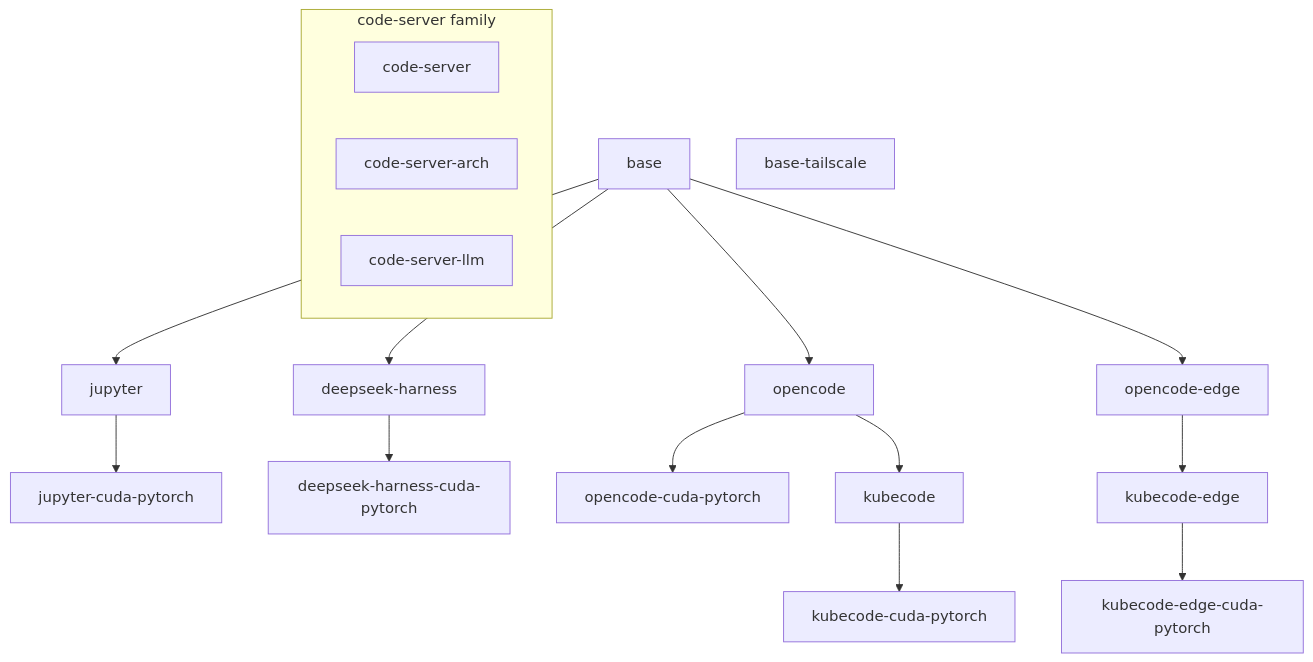
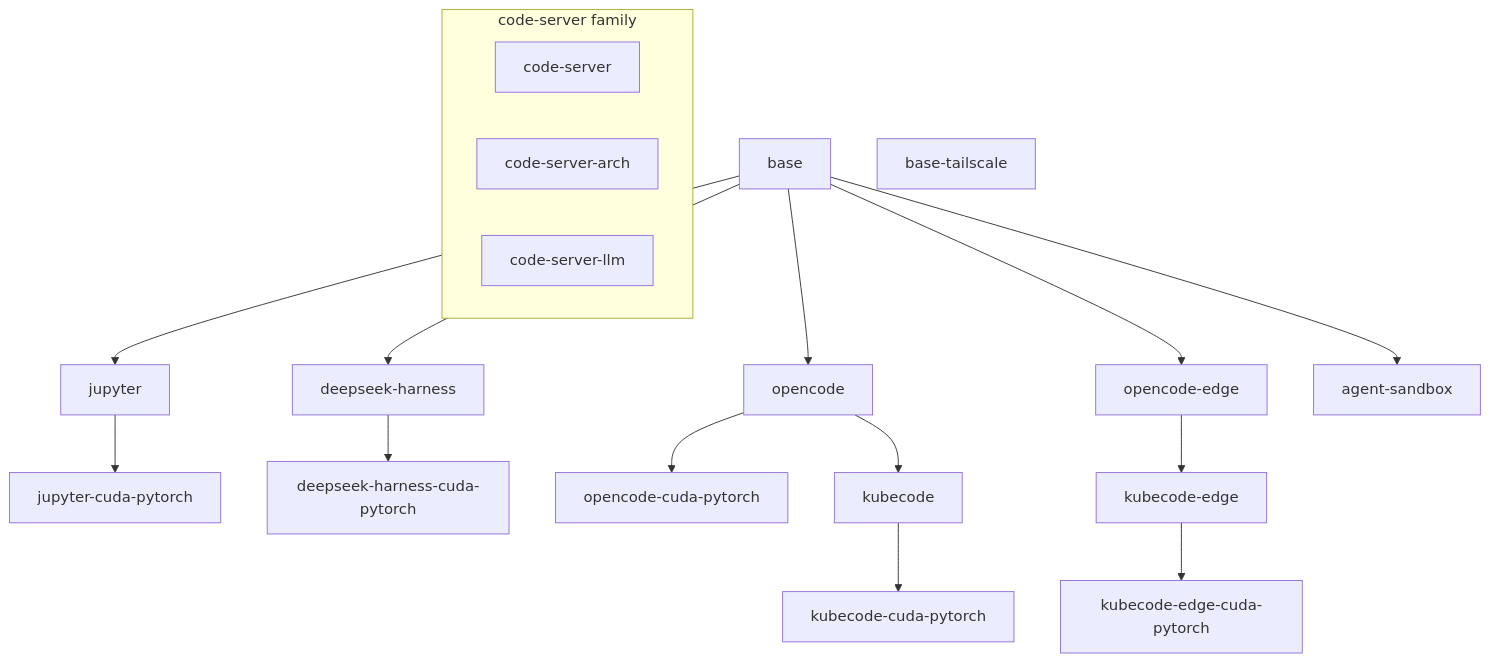
Before and after one commit to TerenceLiu98/staging-containers: the diagram in kubeflow/README.md, drawn with Mermaid. The commit also changed other lines of this file and 40 other files, not shown here.

First line of the commit message:
feat(kubeflow): add agent-sandbox all-in-one agent workspace image

````diff
--- a/kubeflow/README.md
+++ b/kubeflow/README.md
@@ -8,20 +8,21 @@
 ```mermaid
 graph TD
     base[base] --> jupyter[jupyter]
     base_tailscale[base-tailscale]
     jupyter --> jupyter_cuda[jupyter-cuda-pytorch]
     base --> deepseek_harness[deepseek-harness]
     deepseek_harness --> deepseek_harness_cuda[deepseek-harness-cuda-pytorch]
     base --> opencode[opencode]
     opencode --> opencode_cuda[opencode-cuda-pytorch]
     opencode --> kubecode[kubecode]
     kubecode --> kubecode_cuda[kubecode-cuda-pytorch]
     base --> opencode_edge[opencode-edge]
     opencode_edge --> kubecode_edge[kubecode-edge]
     kubecode_edge --> kubecode_edge_cuda[kubecode-edge-cuda-pytorch]
+    base --> agent_sandbox[agent-sandbox]
     subgraph cs["code-server family"]
         code_server[code-server]
         code_server_arch[code-server-arch]
         code_server_llm[code-server-llm]
     end
 ```
````
